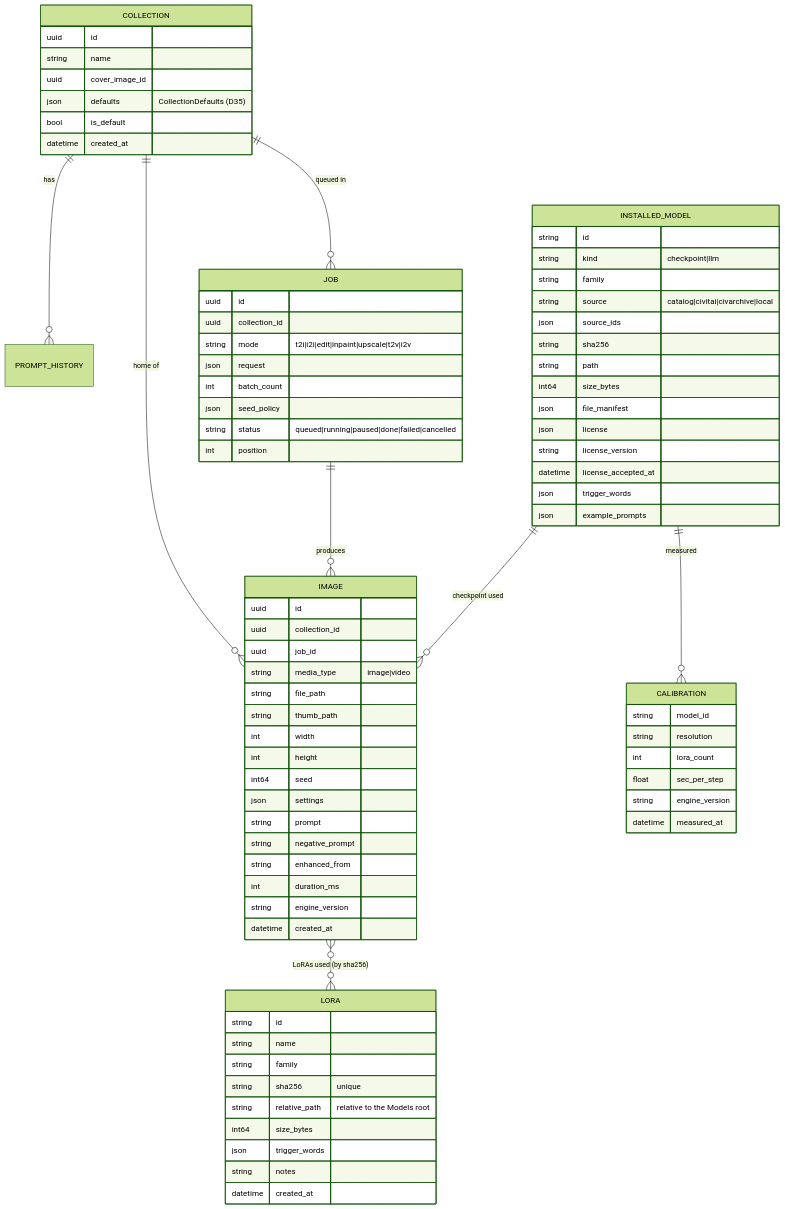
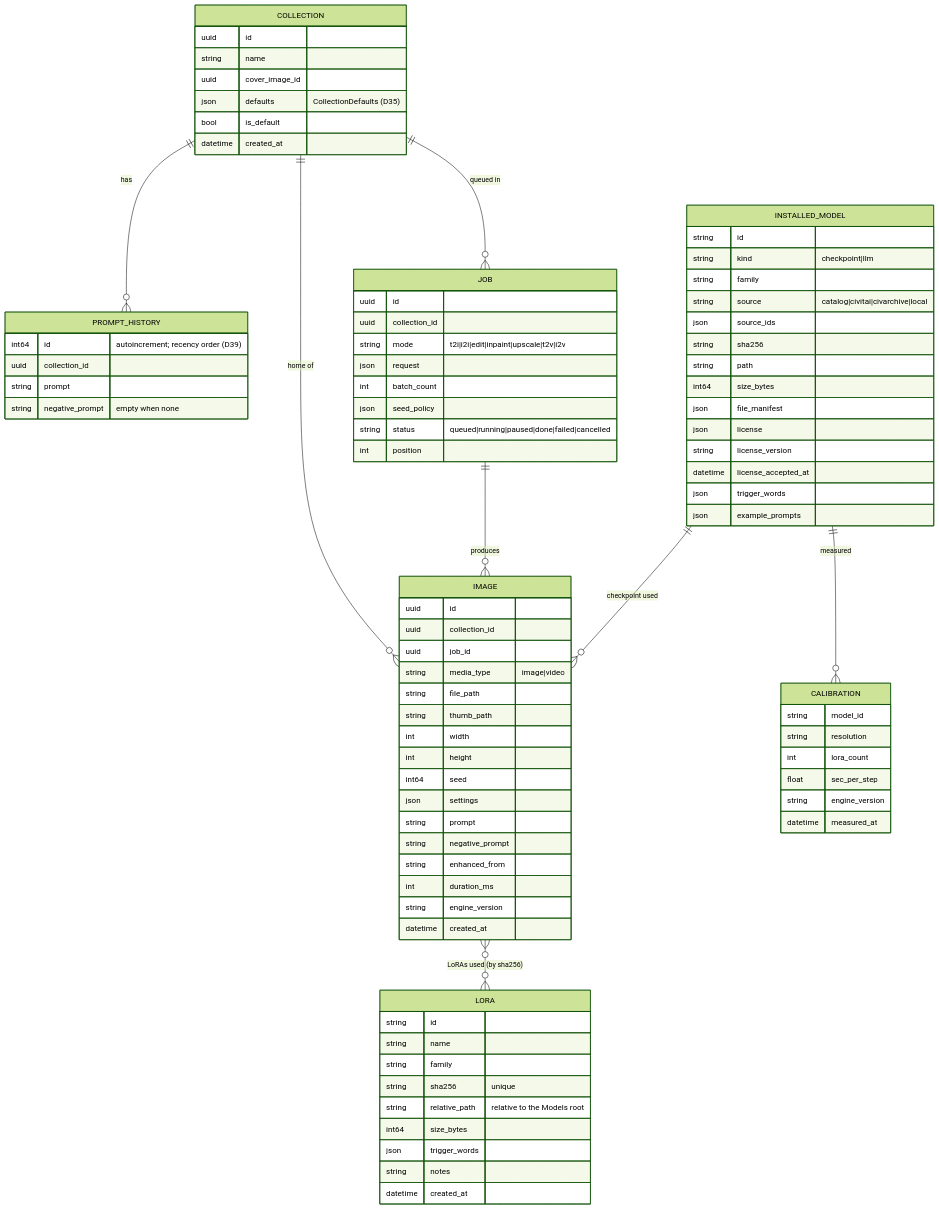
The fifth of 5 diagrams in docs/HLD.md (fearless-holdings/mlx-create), drawn with Mermaid (forest theme) before and after one commit. The commit also changed other lines of this file and 4 other files, not shown here.

First line of the commit message:
feat(library): per-collection prompt history (D39)

```diff
--- a/docs/HLD.md
+++ b/docs/HLD.md
@@ -498,6 +499,12 @@
     json defaults "CollectionDefaults (D35)"
     bool is_default
     datetime created_at
+  }
+  PROMPT_HISTORY {
+    int64 id "autoincrement; recency order (D39)"
+    uuid collection_id
+    string prompt
+    string negative_prompt "empty when none"
   }
   JOB {
     uuid id
```
